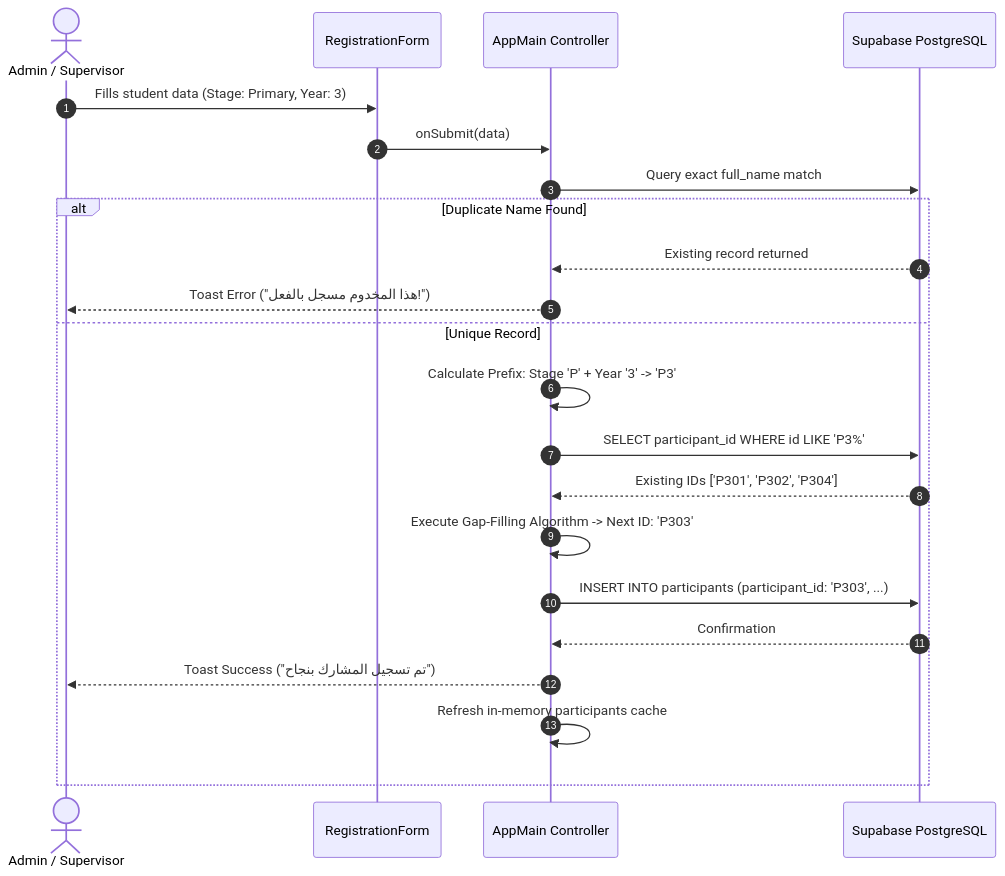
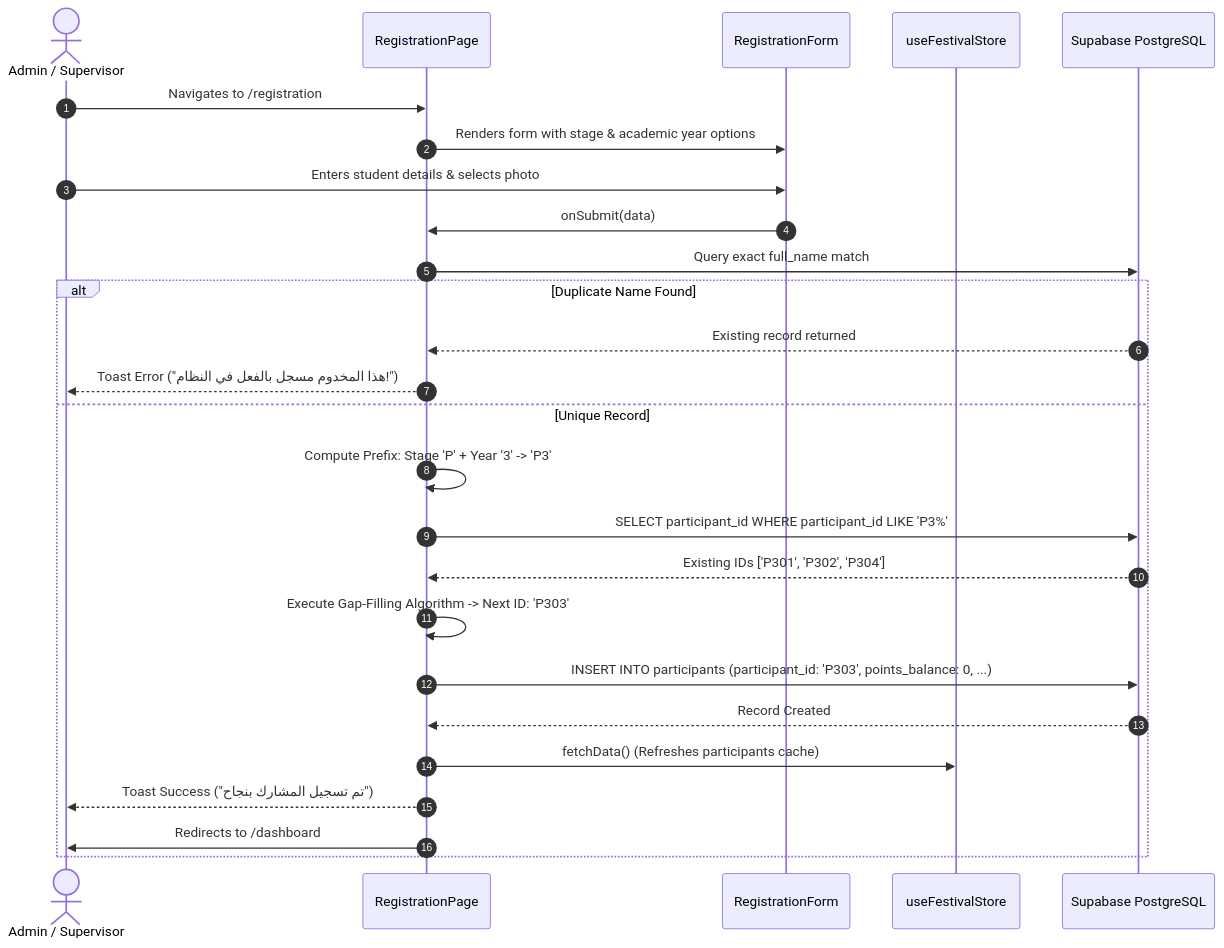
Before and after one commit to BavlyPeter/AVA-BISHOY: the first of 7 diagrams in MD/ARIBSALIN-DOCUMENTATION.md, drawn with Mermaid. The commit also changed other lines of this file and 37 other files, not shown here.

````diff
--- a/MD/ARIBSALIN-DOCUMENTATION.md
+++ b/MD/ARIBSALIN-DOCUMENTATION.md
@@ -244,25 +228,29 @@
 ```mermaid
 sequenceDiagram
     autonumber
     actor Supervisor as Admin / Supervisor
-    participant UI as RegistrationForm
-    participant App as AppMain Controller
+    participant Page as RegistrationPage
+    participant Form as RegistrationForm
+    participant Store as useFestivalStore
     participant DB as Supabase PostgreSQL
 
-    Supervisor->>UI: Fills student data (Stage: Primary, Year: 3)
-    UI->>App: onSubmit(data)
-    App->>DB: Query exact full_name match
+    Supervisor->>Page: Navigates to /registration
+    Page->>Form: Renders form with stage & academic year options
+    Supervisor->>Form: Enters student details & selects photo
+    Form->>Page: onSubmit(data)
+    Page->>DB: Query exact full_name match
     alt Duplicate Name Found
-        DB-->>App: Existing record returned
-        App-->>Supervisor: Toast Error ("هذا المخدوم مسجل بالفعل!")
+        DB-->>Page: Existing record returned
+        Page-->>Supervisor: Toast Error ("هذا المخدوم مسجل بالفعل في النظام!")
     else Unique Record
-        App->>App: Calculate Prefix: Stage 'P' + Year '3' -> 'P3'
-        App->>DB: SELECT participant_id WHERE id LIKE 'P3%'
-        DB-->>App: Existing IDs ['P301', 'P302', 'P304']
-        App->>App: Execute Gap-Filling Algorithm -> Next ID: 'P303'
-        App->>DB: INSERT INTO participants (participant_id: 'P303', ...)
-        DB-->>App: Confirmation
-        App-->>Supervisor: Toast Success ("تم تسجيل المشارك بنجاح")
-        App->>App: Refresh in-memory participants cache
+        Page->>Page: Compute Prefix: Stage 'P' + Year '3' -> 'P3'
+        Page->>DB: SELECT participant_id WHERE participant_id LIKE 'P3%'
+        DB-->>Page: Existing IDs ['P301', 'P302', 'P304']
+        Page->>Page: Execute Gap-Filling Algorithm -> Next ID: 'P303'
+        Page->>DB: INSERT INTO participants (participant_id: 'P303', points_balance: 0, ...)
+        DB-->>Page: Record Created
+        Page->>Store: fetchData() (Refreshes participants cache)
+        Page-->>Supervisor: Toast Success ("تم تسجيل المشارك بنجاح")
+        Page->>Supervisor: Redirects to /dashboard
     end
 ```
````
